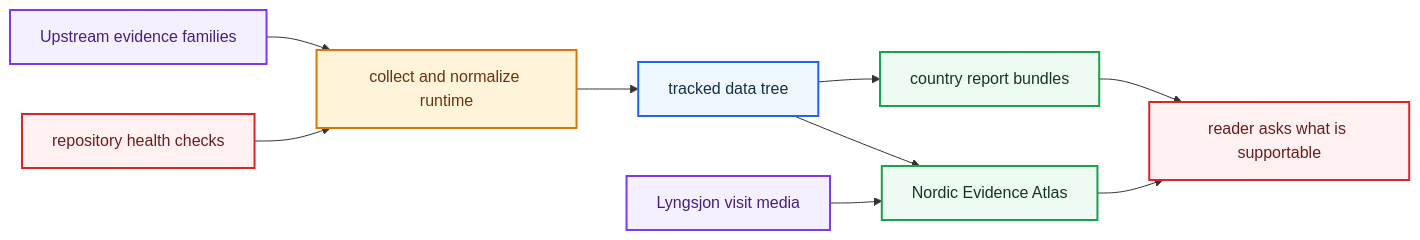
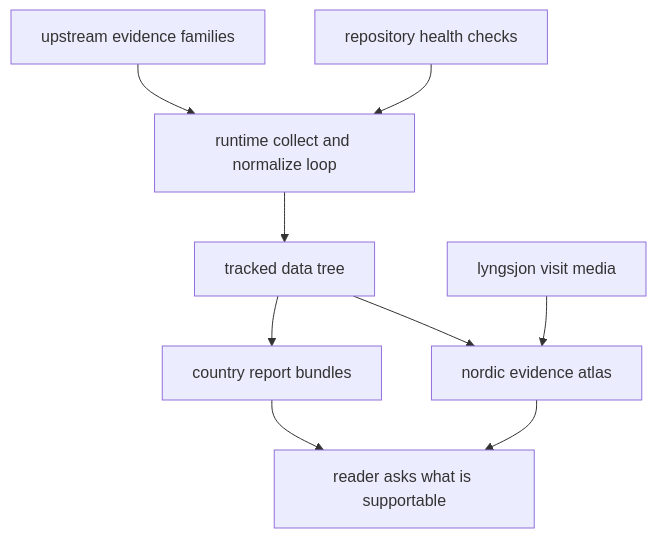
The diagram in docs/index.md (bijux/bijux-pollenomics), drawn with Mermaid before and after one commit.

Commit message:
docs(root): show pollenomics evidence flow

````diff
--- a/docs/index.md
+++ b/docs/index.md
@@ -68,23 +68,20 @@
 ```mermaid
-flowchart LR
-    Sources["Upstream evidence families"] --> Runtime["collect and normalize runtime"]
-    Runtime --> Tree["tracked data tree"]
-    Tree --> Reports["country report bundles"]
-    Tree --> Atlas["Nordic Evidence Atlas"]
-    Fieldwork["Lyngsjon visit media"] --> Atlas
-    Maintainers["repository health checks"] --> Runtime
-    Reports --> Reader["reader asks what is supportable"]
-    Atlas --> Reader
+flowchart TB
+    sources["upstream evidence families"]
+    runtime["runtime collect and normalize loop"]
+    tree["tracked data tree"]
+    reports["country report bundles"]
+    atlas["nordic evidence atlas"]
+    fieldwork["lyngsjon visit media"]
+    maintainers["repository health checks"]
+    reader["reader asks what is supportable"]
 
-    class Sources,Fieldwork anchor;
-    class Runtime action;
-    class Tree page;
-    class Reports,Atlas positive;
-    class Maintainers,Reader caution;
-
-    classDef page fill:#eef6ff,stroke:#2563eb,color:#153145,stroke-width:2px;
-    classDef positive fill:#eefbf3,stroke:#16a34a,color:#173622,stroke-width:2px;
-    classDef caution fill:#fff1f2,stroke:#dc2626,color:#6b1d1d,stroke-width:2px;
-    classDef anchor fill:#f4f0ff,stroke:#7c3aed,color:#47207f,stroke-width:2px;
-    classDef action fill:#fff4da,stroke:#d97706,color:#6b3410,stroke-width:2px;
+    sources --> runtime
+    runtime --> tree
+    tree --> reports
+    tree --> atlas
+    fieldwork --> atlas
+    maintainers --> runtime
+    reports --> reader
+    atlas --> reader
 ```
````
